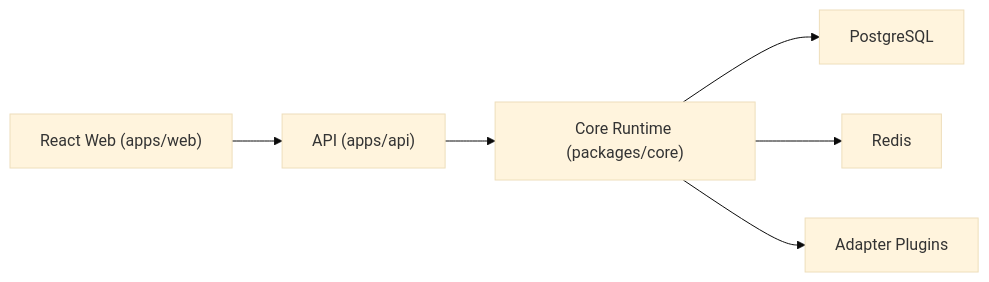
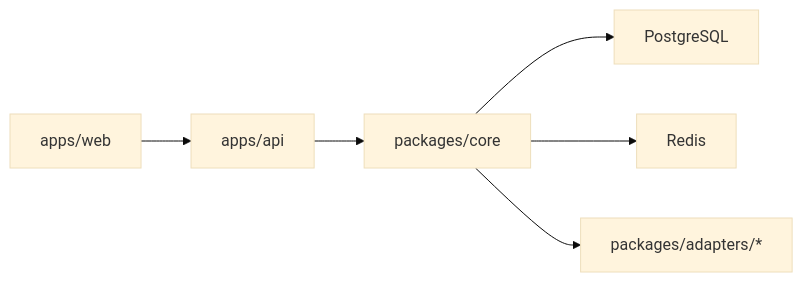
One commit to penyululz/integrator-project changed the diagram in README.md. Above: the diagram before and after it, drawn with Mermaid (base theme). The commit also changed other lines of this file and 7 other files, not shown here.

Commit message:
docs: add enterprise roadmap, UI system, and setup guide docs

````diff
--- a/README.md
+++ b/README.md
@@ -43,8 +81,8 @@
 ```mermaid
 graph LR
-  Web["React Web (apps/web)"] --> API["API (apps/api)"]
-  API --> Core["Core Runtime (packages/core)"]
+  Web["apps/web"] --> API["apps/api"]
+  API --> Core["packages/core"]
   Core --> PG["PostgreSQL"]
   Core --> Redis["Redis"]
-  Core --> Adapters["Adapter Plugins"]
+  Core --> Adapters["packages/adapters/*"]
 ```
````
